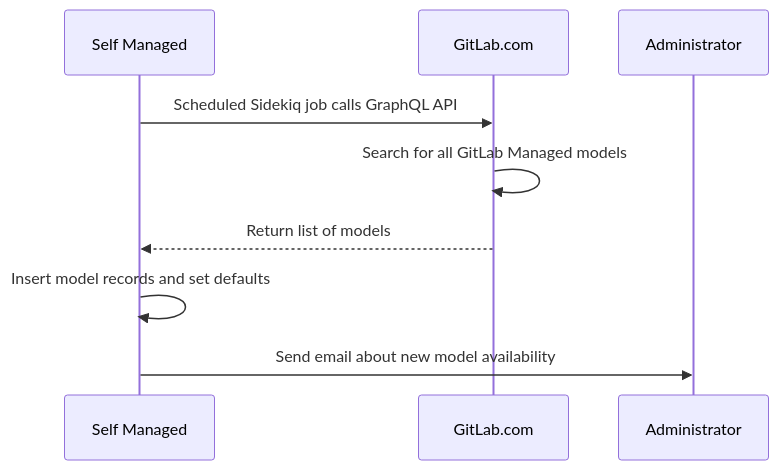
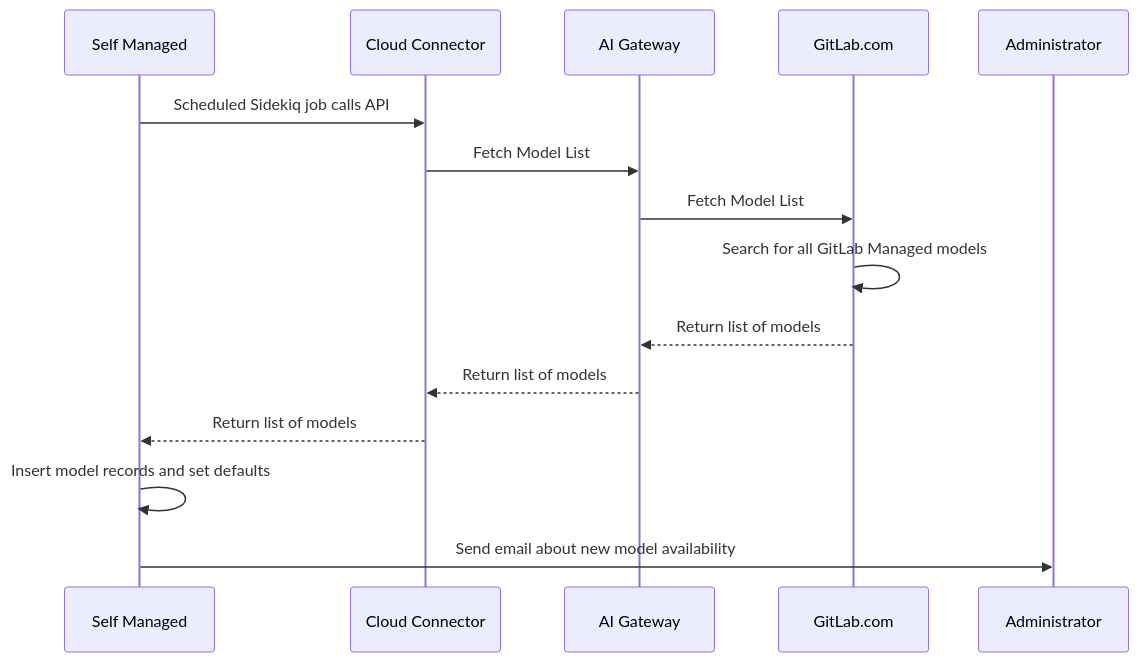
One commit to zalyoung/gitlab-handbook changed the third of 3 diagrams in content/handbook/engineering/architecture/design-documents/ai_model_selection/_index.md. Above: the diagram before and after it, drawn with Mermaid. The commit also changed other lines of this file, not shown here.

Commit message:
Added New label to User AI settings. Added link to group configuration issue. Update diagram to sync through cloud connector.

````diff
--- a/content/handbook/engineering/architecture/design-documents/ai_model_selection/_index.md
+++ b/content/handbook/engineering/architecture/design-documents/ai_model_selection/_index.md
@@ -308,8 +309,12 @@
 ```mermaid
 sequenceDiagram
-    Self Managed->>GitLab.com: Scheduled Sidekiq job calls GraphQL API
+    Self Managed->>Cloud Connector: Scheduled Sidekiq job calls API
+    Cloud Connector->>AI Gateway: Fetch Model List
+    AI Gateway->>GitLab.com: Fetch Model List
     GitLab.com->>GitLab.com: Search for all GitLab Managed models
-    GitLab.com-->>Self Managed: Return list of models
+    GitLab.com-->>AI Gateway: Return list of models
+    AI Gateway-->>Cloud Connector: Return list of models
+    Cloud Connector-->>Self Managed: Return list of models
     Self Managed->>Self Managed: Insert model records and set defaults
     Self Managed->>Administrator: Send email about new model availability
 ```
````
